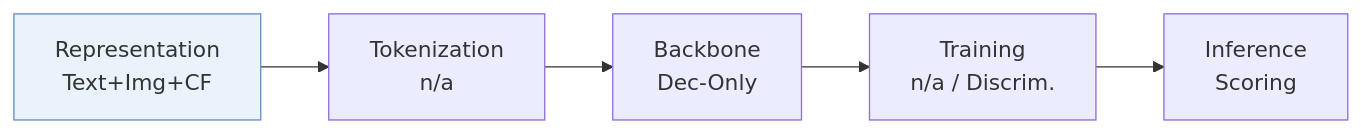
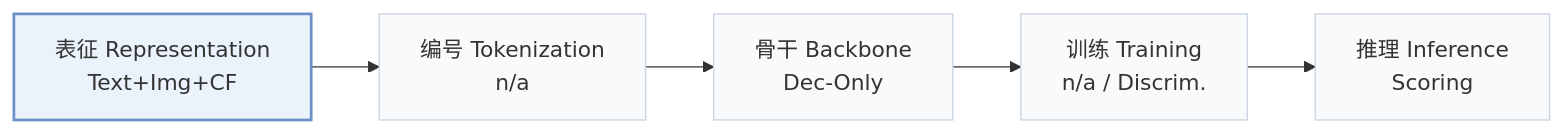
One commit to Galaxy-ghost/Awesome-SID-Generative-Rec changed the diagram in pages/zh/papers/molar.md. Above: the diagram before and after it, drawn with Mermaid. The commit also changed other lines of this file and 649 other files, not shown here.

Commit message:
writer-05: also tags and modality index (schema, check, build, visuals); summary field removed; calibration data for 12 papers

````diff
--- a/pages/zh/papers/molar.md
+++ b/pages/zh/papers/molar.md
@@ -13,6 +15,8 @@
 ```mermaid
 flowchart LR
-    R["Representation<br/>Text+Img+CF"] --> T["Tokenization<br/>n/a"] --> B["Backbone<br/>Dec-Only"] --> TR["Training<br/>n/a / Discrim."] --> I["Inference<br/>Scoring"]
-    classDef main fill:#eaf2fb,stroke:#6b8fc7
+    R["表征 Representation<br/>Text+Img+CF"] --> T["编号 Tokenization<br/>n/a"] --> B["骨干 Backbone<br/>Dec-Only"] --> TR["训练 Training<br/>n/a / Discrim."] --> I["推理 Inference<br/>Scoring"]
+    classDef base fill:#f8fafc,stroke:#cbd5e1
+    class R,T,B,TR,I base
+    classDef main fill:#eaf2fb,stroke:#6b8fc7,stroke-width:2px
     class R main
 ```
````
